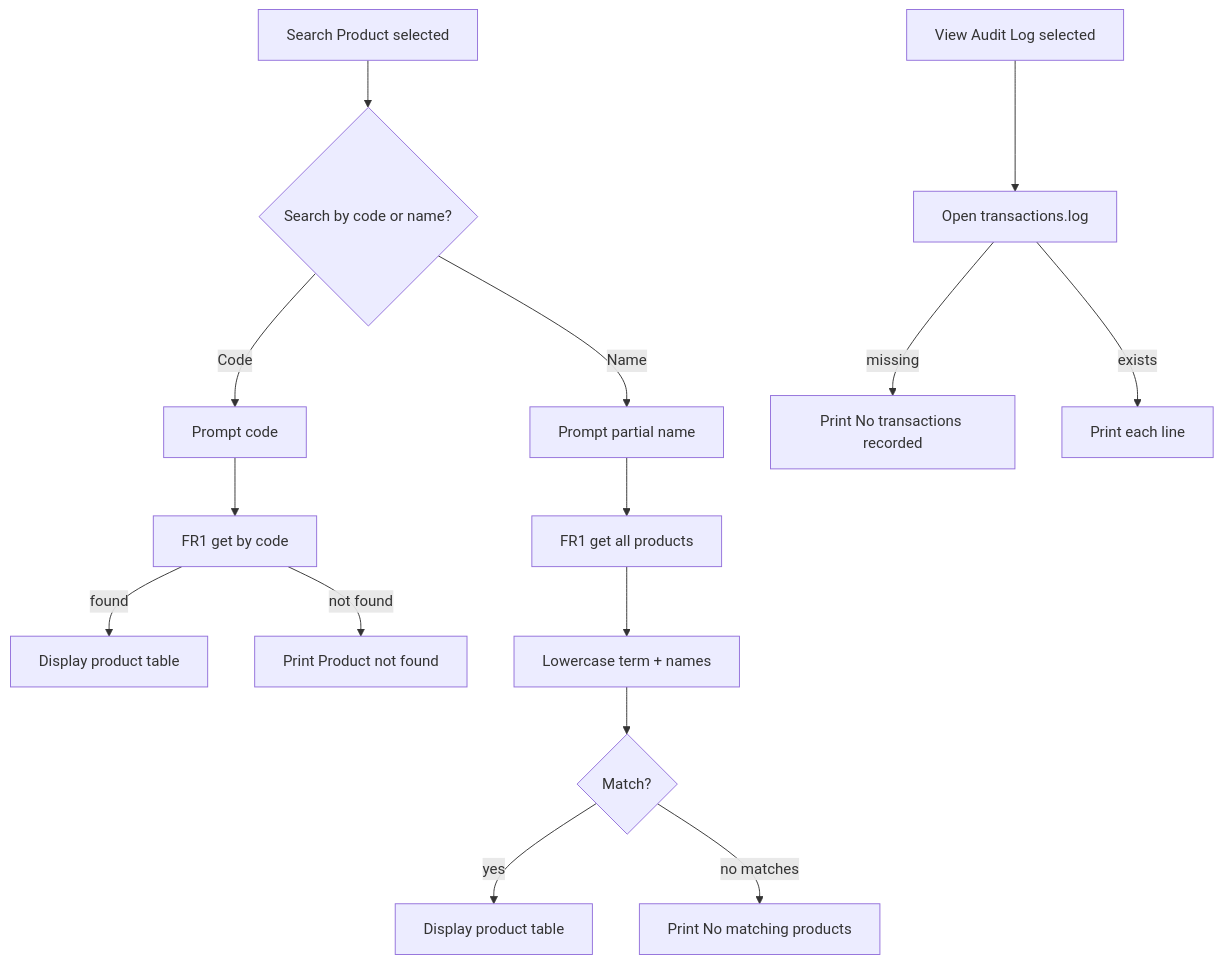
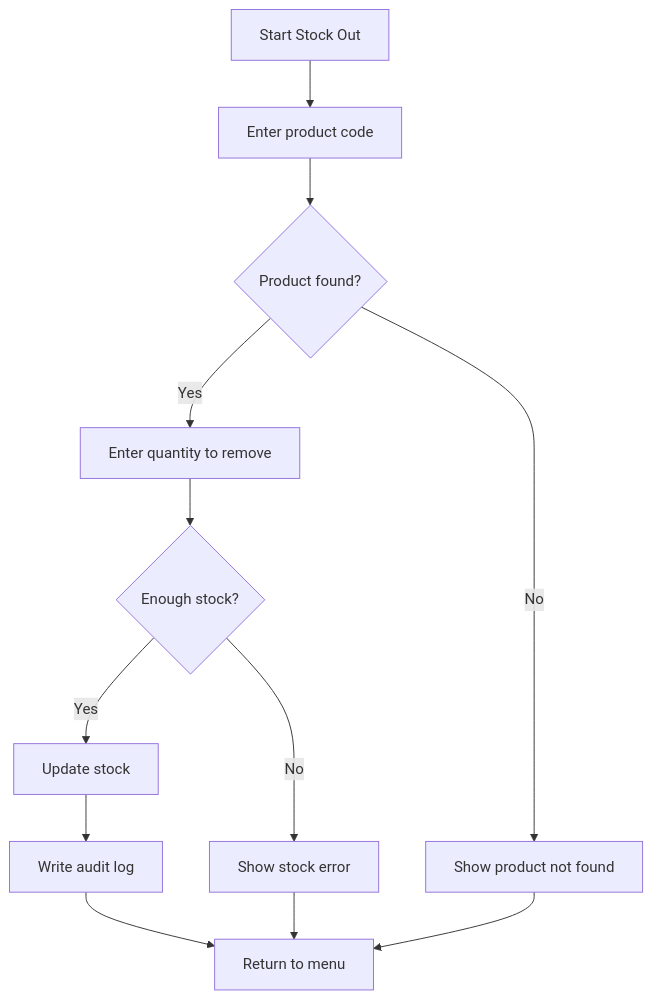
One commit to PrakDararith22/inventory-camtech changed the fourth of 7 diagrams in docs/feature.md. Above: the diagram before and after it, drawn with Mermaid. The commit also changed other lines of this file, not shown here.

Commit message:
Fixing: flowchart

````diff
--- a/docs/feature.md
+++ b/docs/feature.md
@@ -522,17 +498,14 @@
 ```mermaid
 flowchart TD
-    A[Search Product selected] --> B{Search by code or name?}
-    B -->|Code| C[Prompt code]
-    C --> D[FR1 get by code]
-    D -->|found| E[Display product table]
-    D -->|not found| F[Print Product not found]
-    B -->|Name| G[Prompt partial name]
-    G --> H[FR1 get all products]
-    H --> I[Lowercase term + names]
-    I --> J{Match?}
-    J -->|yes| K[Display product table]
-    J -->|no matches| L[Print No matching products]
-    M[View Audit Log selected] --> N[Open transactions.log]
-    N -->|missing| O[Print No transactions recorded]
-    N -->|exists| P[Print each line]
+    A["Start Stock Out"] --> B["Enter product code"]
+    B --> C{"Product found?"}
+    C -->|No| D["Show product not found"]
+    C -->|Yes| E["Enter quantity to remove"]
+    E --> F{"Enough stock?"}
+    F -->|No| G["Show stock error"]
+    F -->|Yes| H["Update stock"]
+    H --> I["Write audit log"]
+    I --> J["Return to menu"]
+    G --> J
+    D --> J
 ```
````
